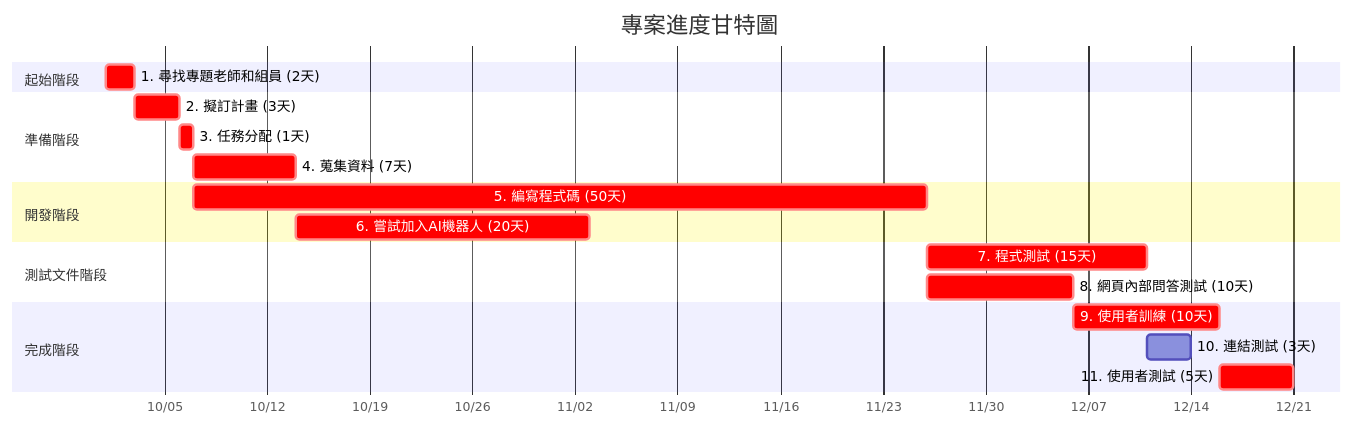
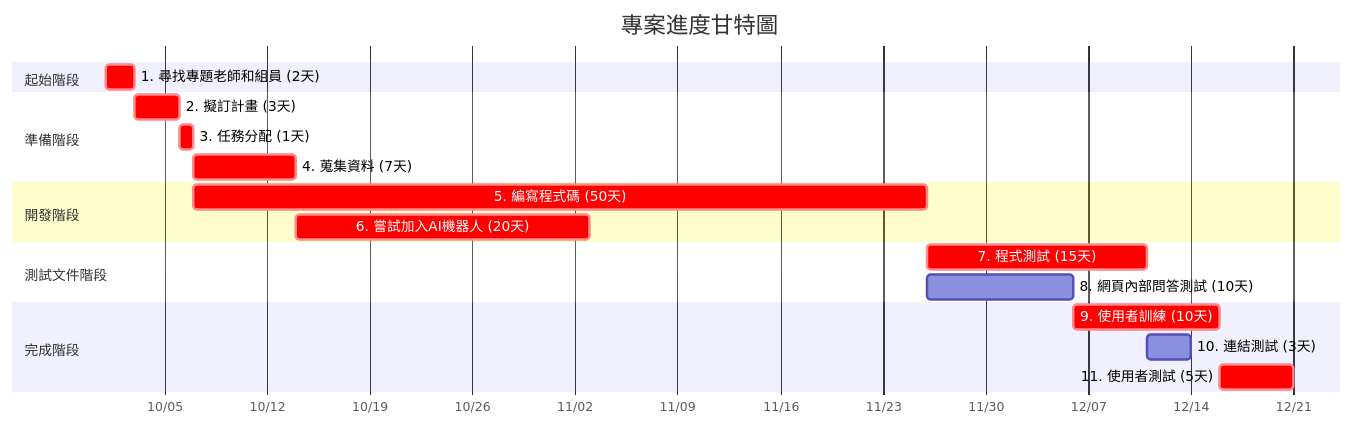
Before and after one commit to c112118202-droid/-: the second of 2 diagrams in hw2.md, drawn with Mermaid.

````diff
--- a/hw2.md
+++ b/hw2.md
@@ -29,27 +29,27 @@
 ```mermaid
 gantt
     title 專案進度甘特圖
     dateFormat YYYY-MM-DD
     axisFormat %m/%d
     
     section 起始階段
     1. 尋找專題老師和組員 (2天)     :crit, m1, 2025-10-01, 2d
     
     section 準備階段
     2. 擬訂計畫 (3天)     :crit, m2, after m1, 3d
     3. 任務分配 (1天)    :crit, m3, after m2, 1d
     4. 蒐集資料 (7天)    :crit, m4, after m3, 7d
 
     section 開發階段
     5. 編寫程式碼 (50天)    :crit, m5, after m3, 50d
     6. 嘗試加入AI機器人 (20天)    :crit, m6, after m4, 20d
     
     section 測試文件階段
     7. 程式測試 (15天)    :crit, m7, after m5, 15d
-    8. 網頁內部問答測試 (10天)     :crit, m8, after m5, 10d
+    8. 網頁內部問答測試 (10天)  :m8, after m5, 10d
         
     section 完成階段
     9. 使用者訓練 (10天)    :crit, m9, after m8, 10d
     10. 連結測試 (3天)  :m10, after m7 m8, 3d
     11. 使用者測試 (5天)  :crit, m11, after m9 m10, 5d
 ```
````
